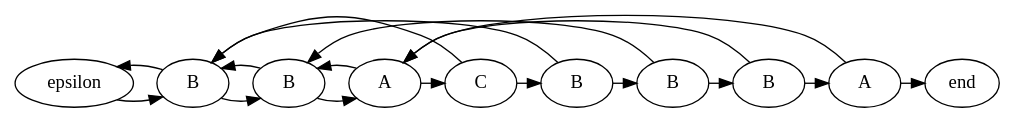
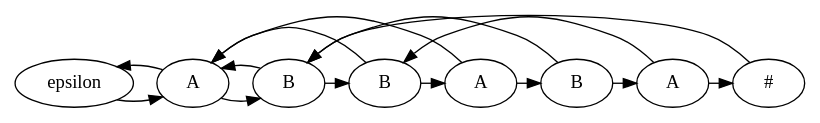
One commit to s194042/Algo2Helpers changed the diagram in output/Automata.gv. Above: the diagram before and after it, drawn with Graphviz. The commit also changed 4 other files, not shown here.

```diff
--- a/output/Automata.gv
+++ b/output/Automata.gv
@@ -1,35 +1,30 @@
 // png
 digraph Automata {
 	{
 		graph [rankdir=LR]
 		edge [len=2.0]
 		rank=same
 		epsilon [label=epsilon]
-		end [label=end]
-		0 [label=B]
+		"#" [label="#"]
+		0 [label=A]
 		1 [label=B]
-		2 [label=A]
-		3 [label=C]
+		2 [label=B]
+		3 [label=A]
 		4 [label=B]
-		5 [label=B]
-		6 [label=B]
-		7 [label=A]
+		5 [label=A]
 		epsilon -> 0
-		7 -> end
+		5 -> "#"
+		"#" -> 1
 		0 -> 1
 		1 -> 2
 		2 -> 3
 		3 -> 4
 		4 -> 5
-		5 -> 6
-		6 -> 7
 		0 -> epsilon
 		1 -> 0
-		2 -> 1
+		2 -> 0
 		3 -> 0
-		4 -> 0
-		5 -> 1
-		6 -> 2
-		7 -> 2
+		4 -> 1
+		5 -> 2
 	}
 }
```
